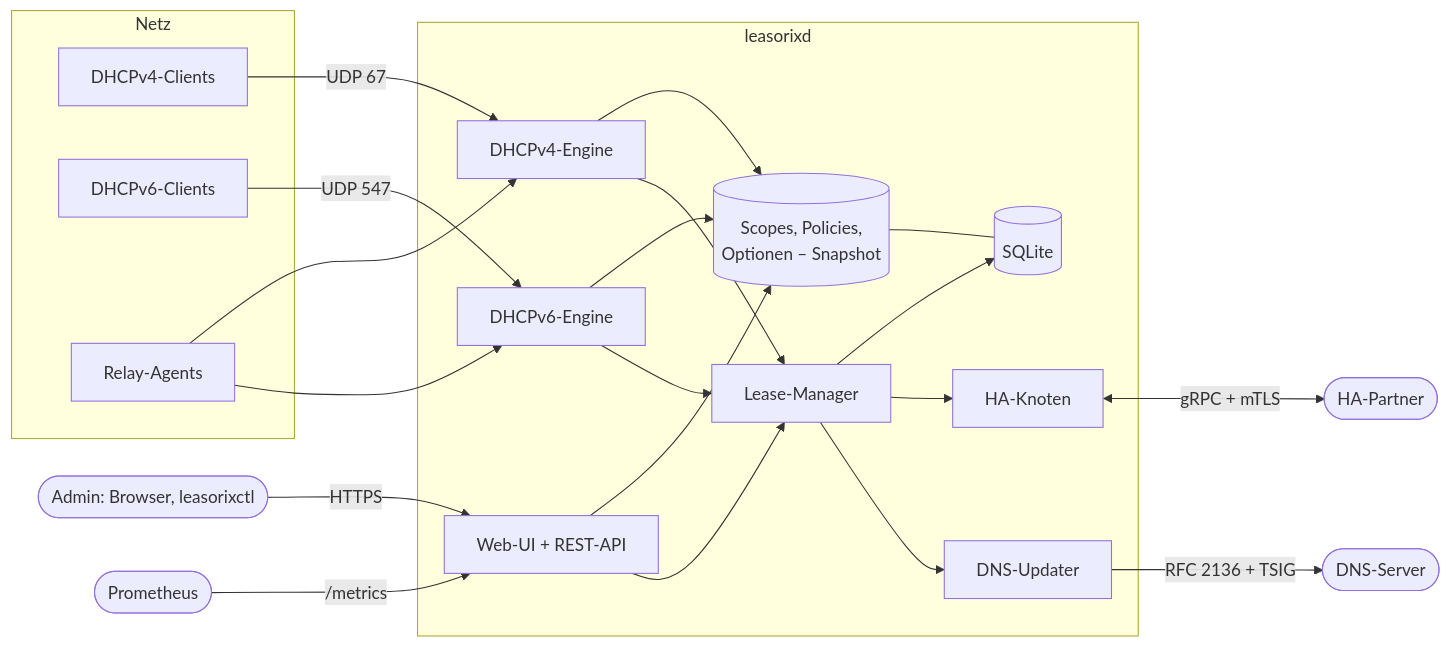
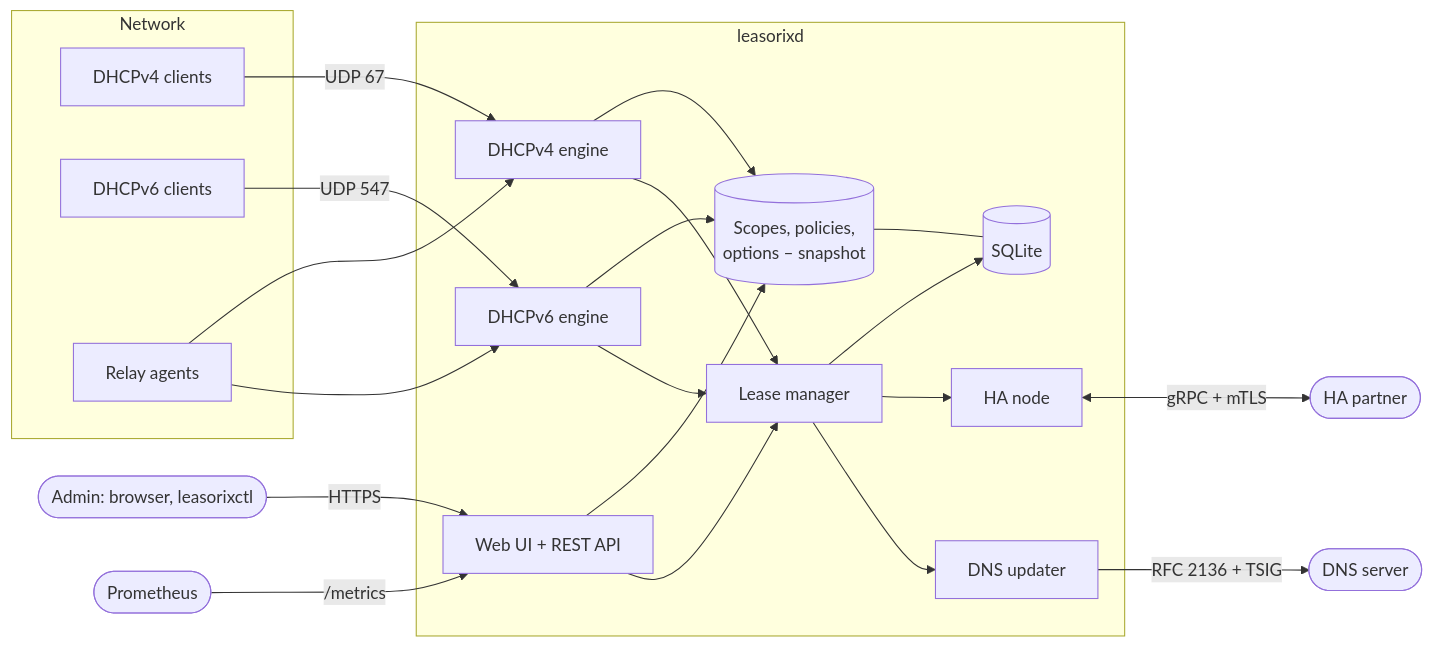
One commit to Meister119/Leasorix changed the diagram in README.md. Above: the diagram before and after it, drawn with Mermaid. The commit also changed other lines of this file and 39 other files, not shown here.

````diff
--- a/README.md
+++ b/README.md
@@ -81,30 +86,30 @@
 ```mermaid
 flowchart LR
-  subgraph Netz
-    C4[DHCPv4-Clients]
-    C6[DHCPv6-Clients]
-    R[Relay-Agents]
+  subgraph Network
+    C4[DHCPv4 clients]
+    C6[DHCPv6 clients]
+    R[Relay agents]
   end
   subgraph leasorixd
-    D4[DHCPv4-Engine]
-    D6[DHCPv6-Engine]
-    S[(Scopes, Policies,<br/>Optionen – Snapshot)]
-    L[Lease-Manager]
+    D4[DHCPv4 engine]
+    D6[DHCPv6 engine]
+    S[(Scopes, policies,<br/>options – snapshot)]
+    L[Lease manager]
     DB[(SQLite)]
-    API[Web-UI + REST-API]
-    HA[HA-Knoten]
-    DNS[DNS-Updater]
+    API[Web UI + REST API]
+    HA[HA node]
+    DNS[DNS updater]
   end
   C4 -- UDP 67 --> D4
   C6 -- UDP 547 --> D6
   R --> D4 & D6
   D4 & D6 --> S
   D4 & D6 --> L --> DB
   S --- DB
   API --> S & L
-  Admin([Admin: Browser, leasorixctl]) -- HTTPS --> API
+  Admin([Admin: browser, leasorixctl]) -- HTTPS --> API
   Prom([Prometheus]) -- /metrics --> API
-  HA <-- gRPC + mTLS --> P([HA-Partner])
+  HA <-- gRPC + mTLS --> P([HA partner])
   L --> HA
-  L --> DNS -- RFC 2136 + TSIG --> NS([DNS-Server])
+  L --> DNS -- RFC 2136 + TSIG --> NS([DNS server])
 ```
````
